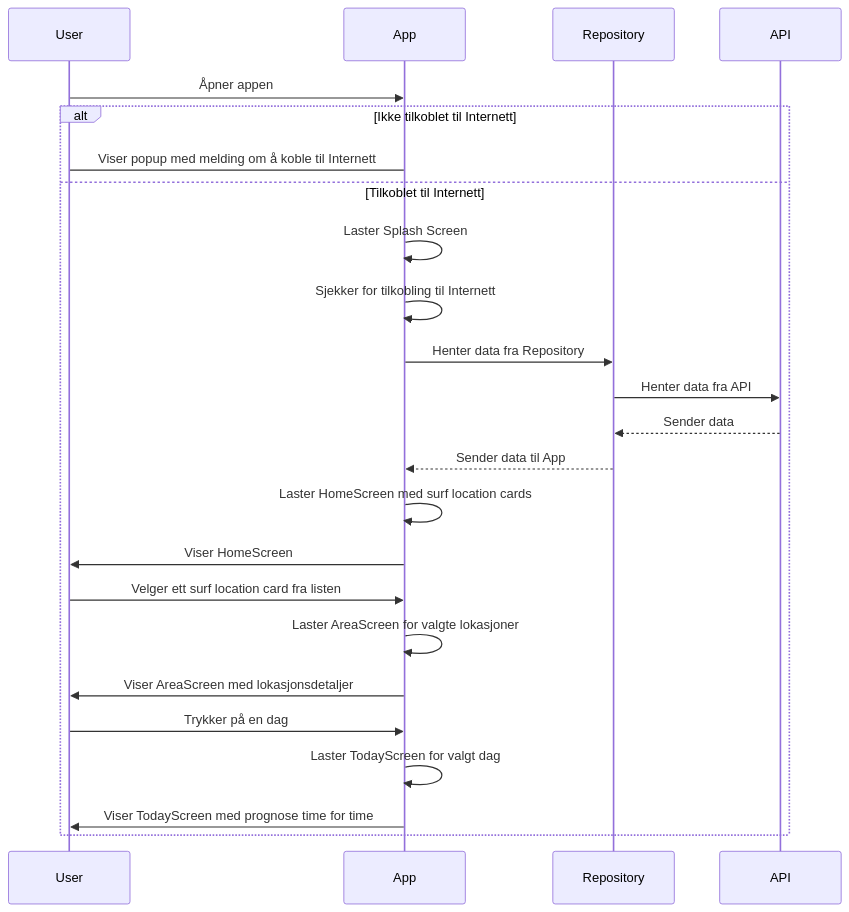
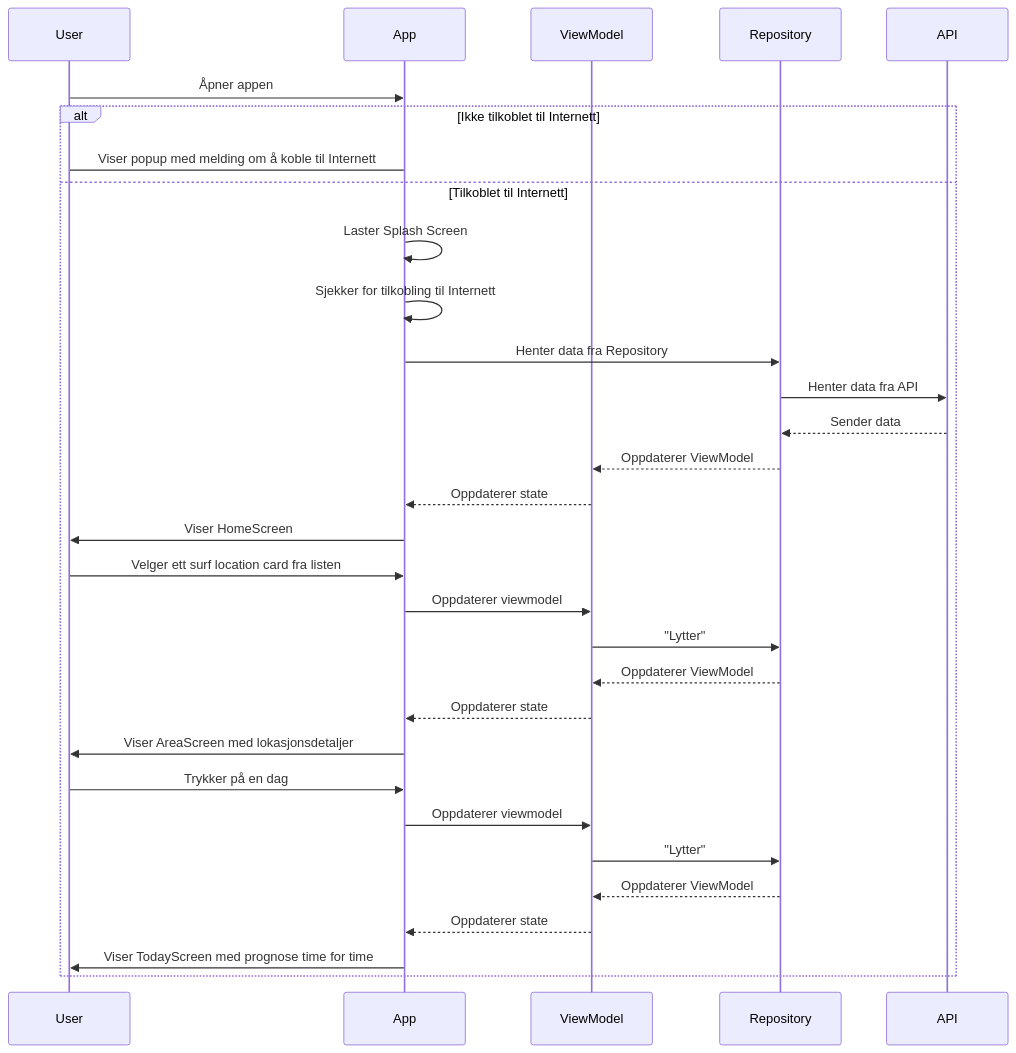
The first of 3 diagrams in MODELING.md (orjanhsy/smacklip-surf), drawn with Mermaid before and after one commit. The commit also changed other lines of this file, not shown here.

Commit message:
add Viewmodel to sequence diagram

````diff
--- a/MODELING.md
+++ b/MODELING.md
@@ -27,27 +27,34 @@
 ```mermaid
 sequenceDiagram
     participant User
     participant App
+    participant ViewModel
     participant Repository
     participant API
 
     User->>App: Åpner appen
     alt Ikke tilkoblet til Internett
         App->User: Viser popup med melding om å koble til Internett
     else Tilkoblet til Internett
     App->>App: Laster Splash Screen
         App->>App: Sjekker for tilkobling til Internett
         App->>Repository: Henter data fra Repository
         Repository->>API: Henter data fra API
         API-->>Repository: Sender data
-        Repository-->>App: Sender data til App
-        App->>App: Laster HomeScreen med surf location cards
+        Repository-->>ViewModel: Oppdaterer ViewModel
+        ViewModel -->>App: Oppdaterer state
         App->>User: Viser HomeScreen
         User->>App: Velger ett surf location card fra listen
-        App->>App: Laster AreaScreen for valgte lokasjoner
+        App ->>ViewModel: Oppdaterer viewmodel
+        ViewModel->>Repository: "Lytter"
+        Repository-->>ViewModel: Oppdaterer ViewModel
+        ViewModel -->>App: Oppdaterer state
         App->>User: Viser AreaScreen med lokasjonsdetaljer
         User->>App: Trykker på en dag
-        App->>App: Laster TodayScreen for valgt dag
+        App ->>ViewModel: Oppdaterer viewmodel
+        ViewModel->>Repository: "Lytter"
+        Repository-->>ViewModel: Oppdaterer ViewModel
+        ViewModel -->>App: Oppdaterer state
         App->>User: Viser TodayScreen med prognose time for time
     end
 ```
````
